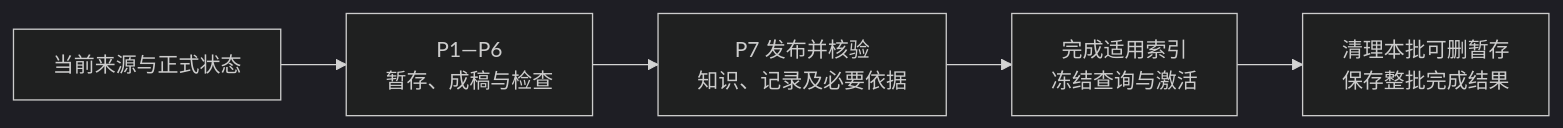
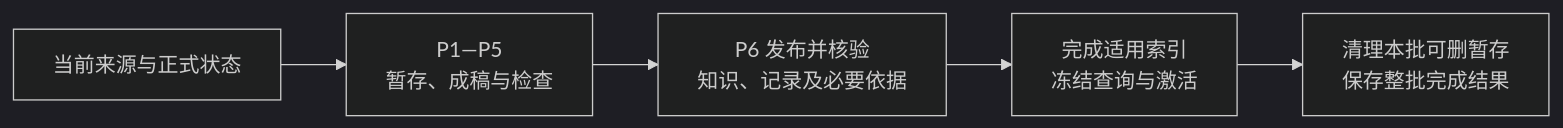
One commit to Robin-hhc/FactumCore changed the tenth of 10 diagrams in himate/himate-knowledge-wifi-mp/docs-llm-wiki/HiMate知识库架构设计.md. Above: the diagram before and after it, drawn with Mermaid (dark theme). The commit also changed other lines of this file and 190 other files, not shown here.

````diff
--- a/himate/himate-knowledge-wifi-mp/docs-llm-wiki/HiMate知识库架构设计.md
+++ b/himate/himate-knowledge-wifi-mp/docs-llm-wiki/HiMate知识库架构设计.md
@@ -605,7 +619,7 @@
 ```mermaid
 flowchart LR
-    CURRENT["当前来源与正式状态"] --> TEMP["P1—P6<br/>暂存、成稿与检查"]
-    TEMP --> PUBLISH["P7 发布并核验<br/>知识、记录及必要依据"]
+    CURRENT["当前来源与正式状态"] --> TEMP["P1—P5<br/>暂存、成稿与检查"]
+    TEMP --> PUBLISH["P6 发布并核验<br/>知识、记录及必要依据"]
     PUBLISH --> VERIFY["完成适用索引<br/>冻结查询与激活"]
     VERIFY --> CLEAN["清理本批可删暂存<br/>保存整批完成结果"]
 ```
````
